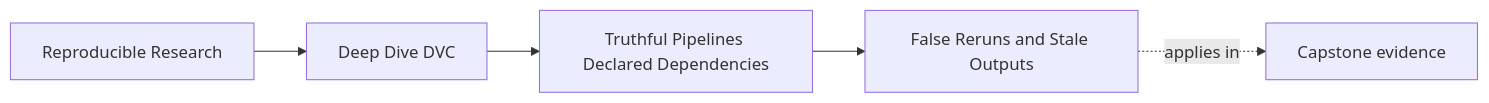
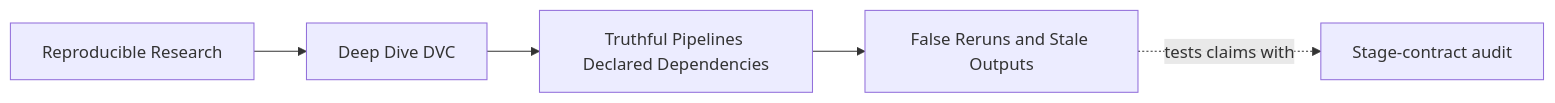
Before and after one commit to bijux/bijux-masterclass: the first of 4 diagrams in programs/reproducible-research/deep-dive-dvc/course-book/module-04-truthful-pipelines-declared-dependencies/false-reruns-and-stale-outputs.md, drawn with Mermaid. The commit also changed other lines of this file, not shown here.

````diff
--- a/programs/reproducible-research/deep-dive-dvc/course-book/module-04-truthful-pipelines-declared-dependencies/false-reruns-and-stale-outputs.md
+++ b/programs/reproducible-research/deep-dive-dvc/course-book/module-04-truthful-pipelines-declared-dependencies/false-reruns-and-stale-outputs.md
@@ -7,11 +6,11 @@
 ```mermaid
 graph LR
   family["Reproducible Research"]
   program["Deep Dive DVC"]
   section["Truthful Pipelines Declared Dependencies"]
   page["False Reruns and Stale Outputs"]
-  capstone["Capstone evidence"]
+  specimen["Stage-contract audit"]
 
   family --> program --> section --> page
-  page -.applies in.-> capstone
+  page -.tests claims with.-> specimen
 ```
````
